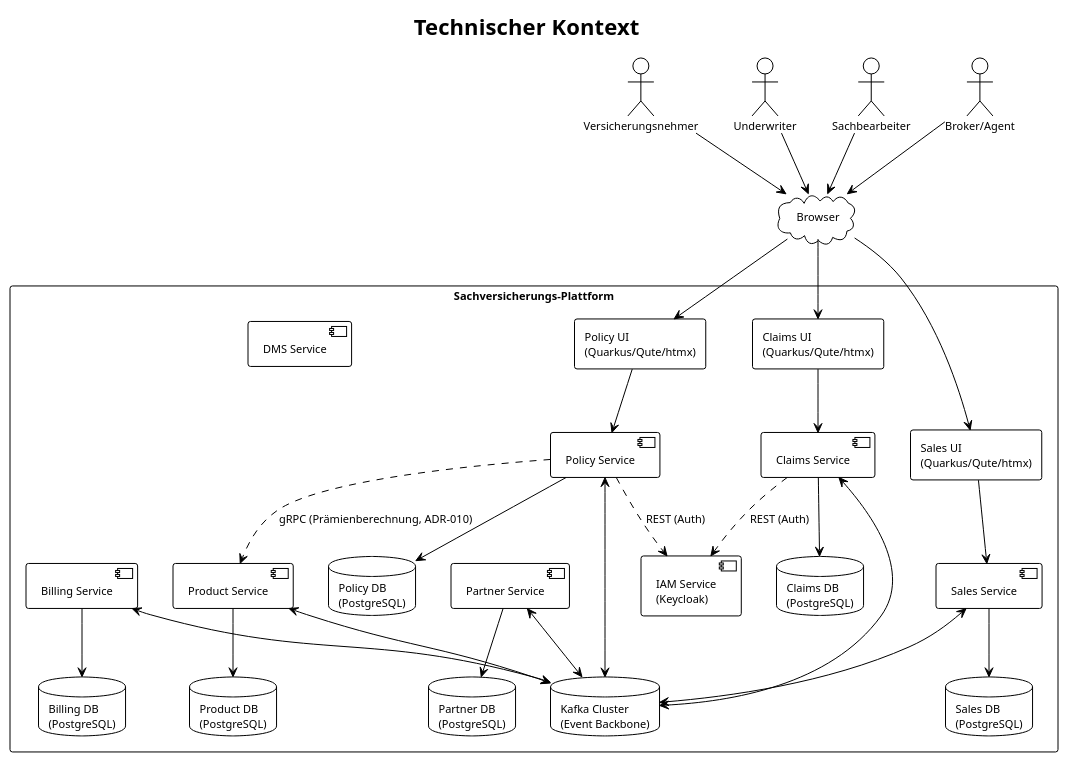
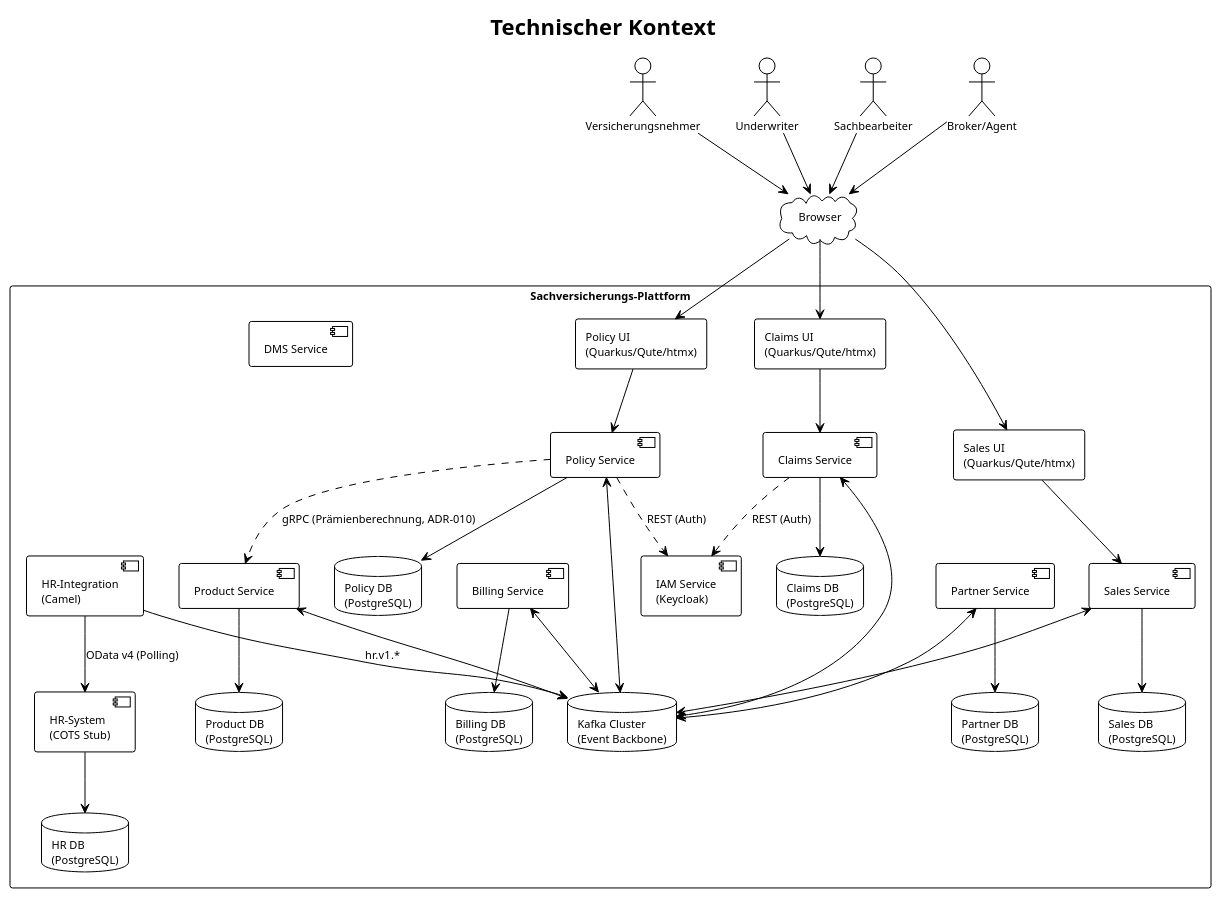
The second of 16 diagrams in specs/arc42.md (LukasW/datamesh), drawn with PlantUML before and after one commit. The commit also changed other lines of this file and 93 other files, not shown here.

````diff
--- a/specs/arc42.md
+++ b/specs/arc42.md
@@ -139,70 +153,76 @@
 ```plantuml
 @startuml tech-context
 !theme plain
 skinparam defaultFontSize 11
 
 title Technischer Kontext
 
 actor "Versicherungsnehmer" as VN
 actor "Underwriter" as UW
 actor "Sachbearbeiter" as SB
 actor "Broker/Agent" as BR
 
 cloud "Browser" as BROWSER
 
 rectangle "Sachversicherungs-Plattform" {
   rectangle "Policy UI\n(Quarkus/Qute/htmx)" as POLUI
   rectangle "Claims UI\n(Quarkus/Qute/htmx)" as CLMUI
   rectangle "Sales UI\n(Quarkus/Qute/htmx)" as SALUI
 
   component "Policy Service" as POLSVC
   component "Claims Service" as CLMSVC
   component "Product Service" as PRODSVC
   component "Partner Service" as PARTSVC
   component "Billing Service" as BILSVC
   component "Sales Service" as SALSVC
   component "DMS Service" as DMSSVC
   component "IAM Service\n(Keycloak)" as IAMSVC
+  component "HR-System\n(COTS Stub)" as HRSVC
+  component "HR-Integration\n(Camel)" as HRINTSVC
 
   database "Kafka Cluster\n(Event Backbone)" as KAFKA
   database "Policy DB\n(PostgreSQL)" as POLDB
   database "Claims DB\n(PostgreSQL)" as CLMDB
   database "Billing DB\n(PostgreSQL)" as BILDB
   database "Product DB\n(PostgreSQL)" as PRODDB
   database "Partner DB\n(PostgreSQL)" as PARTDB
   database "Sales DB\n(PostgreSQL)" as SALESDB
+  database "HR DB\n(PostgreSQL)" as HRDB
 }
 
 VN --> BROWSER
 UW --> BROWSER
 SB --> BROWSER
 BR --> BROWSER
 
 BROWSER --> POLUI
 BROWSER --> CLMUI
 BROWSER --> SALUI
 
 POLUI --> POLSVC
 CLMUI --> CLMSVC
 SALUI --> SALSVC
 
 POLSVC --> POLDB
 CLMSVC --> CLMDB
 BILSVC --> BILDB
 PRODSVC --> PRODDB
 PARTSVC --> PARTDB
 SALSVC --> SALESDB
+HRSVC --> HRDB
 
 POLSVC <--> KAFKA
 CLMSVC <--> KAFKA
 BILSVC <--> KAFKA
 PRODSVC <--> KAFKA
 PARTSVC <--> KAFKA
 SALSVC <--> KAFKA
 
 POLSVC ..> IAMSVC : REST (Auth)
 CLMSVC ..> IAMSVC : REST (Auth)
 POLSVC ..> PRODSVC : gRPC (Prämienberechnung, ADR-010)
+HRINTSVC --> HRSVC : OData v4 (Polling)
+HRINTSVC --> KAFKA : hr.v1.*
 
 @enduml
 ```
````
